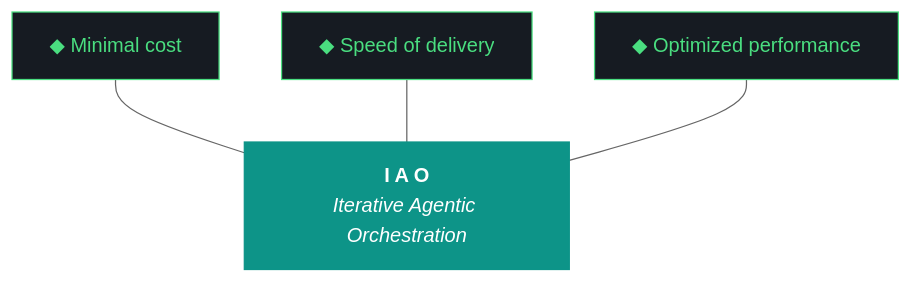
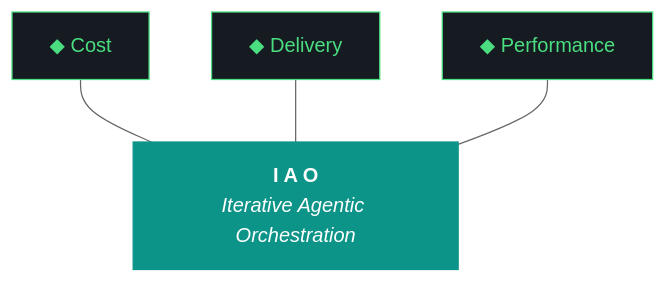
One commit to SOC-Foundry/kjtcom changed the diagram in README.md. Above: the diagram before and after it, drawn with Mermaid (neutral theme). The commit also changed other lines of this file and 15 other files, not shown here.

````diff
--- a/README.md
+++ b/README.md
@@ -259,9 +259,9 @@
 ```mermaid
 graph BT
     IAO["<b>I A O</b><br/><i>Iterative Agentic Orchestration</i>"]:::shaft
-    IAO --- COST["◆ Minimal cost"]:::prong
-    IAO --- SPEED["◆ Speed of delivery"]:::prong
-    IAO --- PERF["◆ Optimized performance"]:::prong
+    IAO --- COST["◆ Cost"]:::prong
+    IAO --- SPEED["◆ Delivery"]:::prong
+    IAO --- PERF["◆ Performance"]:::prong
     classDef shaft fill:#0D9488,stroke:#0D9488,color:#fff
     classDef prong fill:#161B22,stroke:#4ADE80,color:#4ADE80
 ```
````
